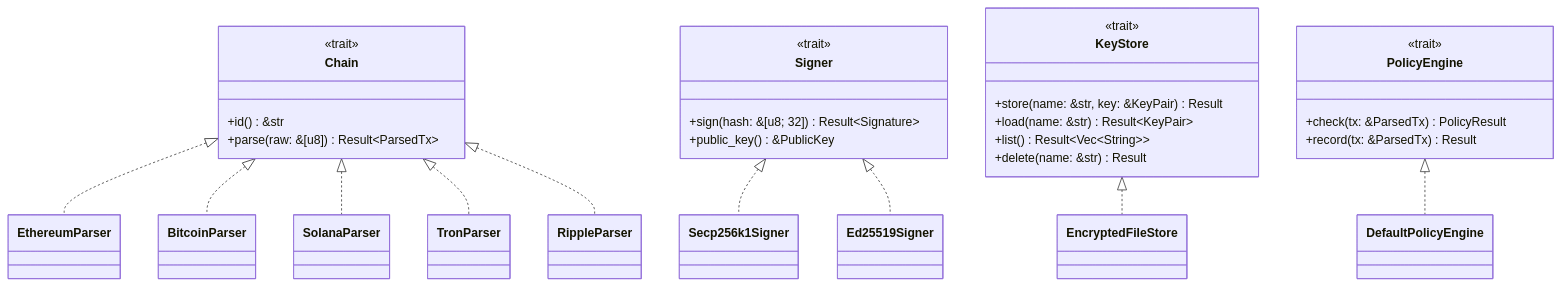
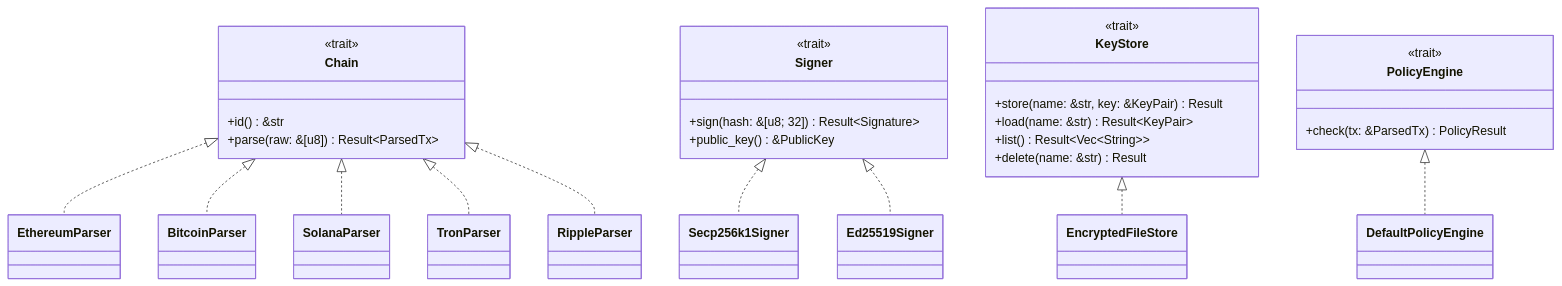
The third of 5 diagrams in ARCHITECTURE.md (luisjpf/txgate), drawn with Mermaid before and after one commit. The commit also changed other lines of this file and 17 other files, not shown here.

````diff
--- a/ARCHITECTURE.md
+++ b/ARCHITECTURE.md
@@ -312,41 +309,40 @@
 ```mermaid
 classDiagram
     class Chain {
         <<trait>>
         +id() &str
         +parse(raw: &[u8]) Result~ParsedTx~
     }
 
     class Signer {
         <<trait>>
         +sign(hash: &[u8; 32]) Result~Signature~
         +public_key() &PublicKey
     }
 
     class KeyStore {
         <<trait>>
         +store(name: &str, key: &KeyPair) Result
         +load(name: &str) Result~KeyPair~
         +list() Result~Vec~String~~
         +delete(name: &str) Result
     }
 
     class PolicyEngine {
         <<trait>>
         +check(tx: &ParsedTx) PolicyResult
-        +record(tx: &ParsedTx) Result
     }
 
     Chain <|.. EthereumParser
     Chain <|.. BitcoinParser
     Chain <|.. SolanaParser
     Chain <|.. TronParser
     Chain <|.. RippleParser
 
     Signer <|.. Secp256k1Signer
     Signer <|.. Ed25519Signer
 
     KeyStore <|.. EncryptedFileStore
 
     PolicyEngine <|.. DefaultPolicyEngine
 ```
````
